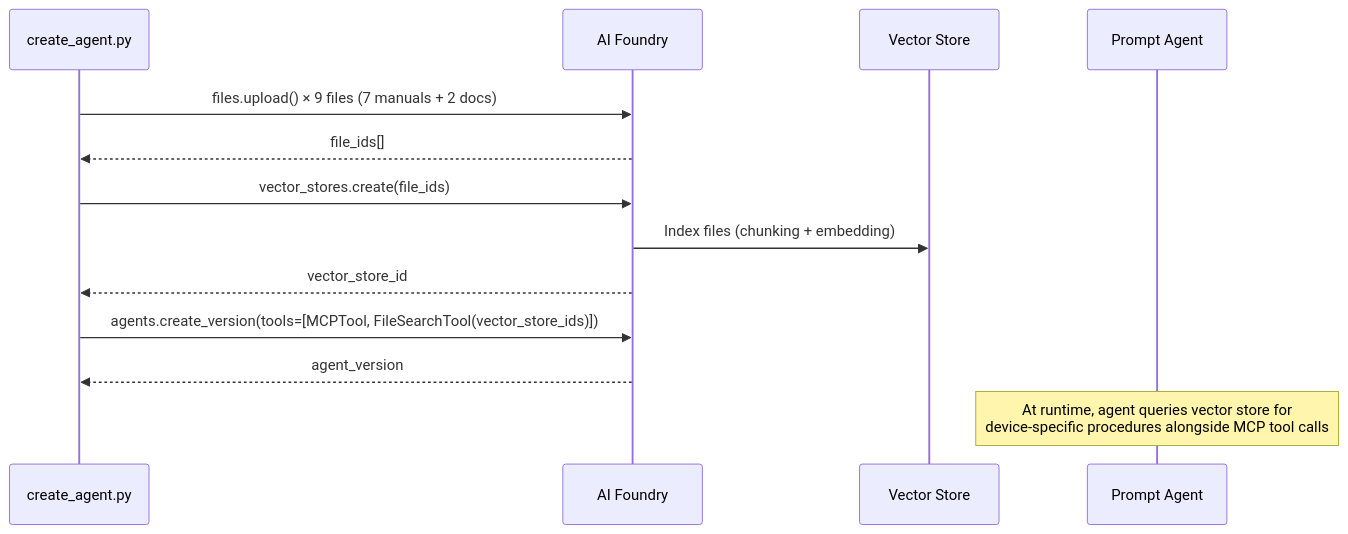
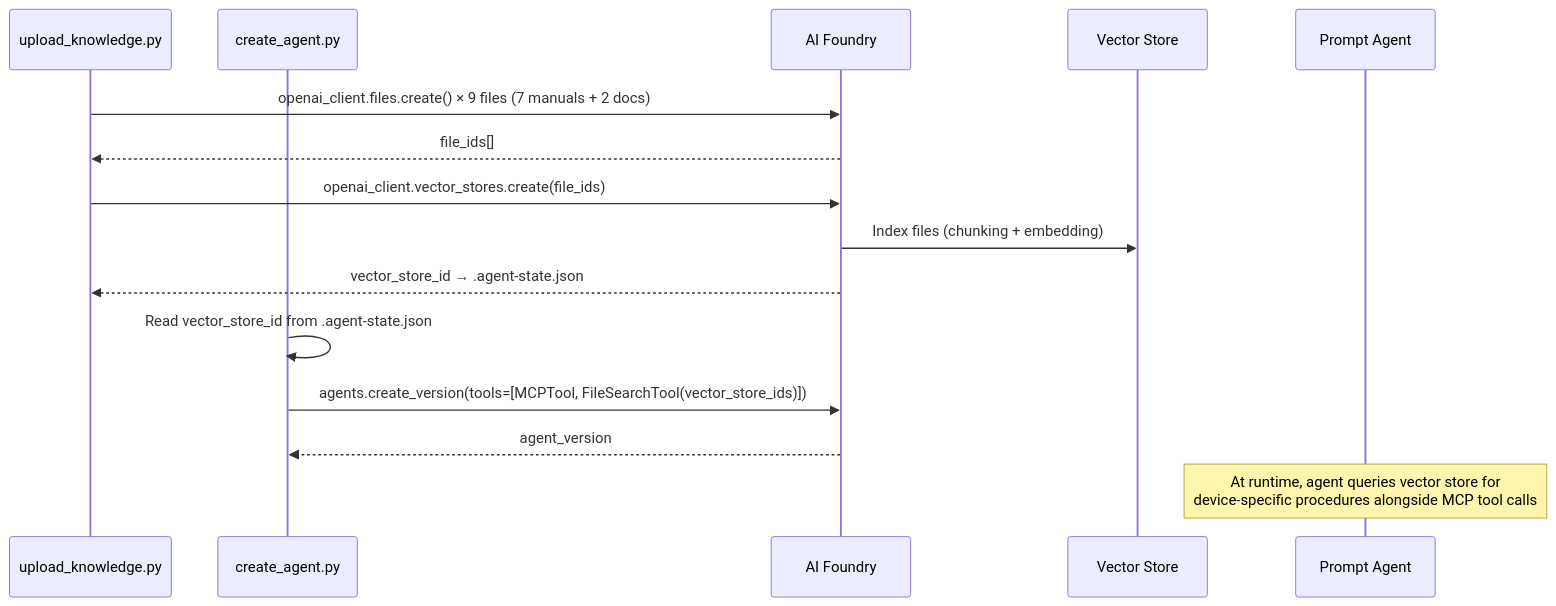
One commit to aionic/IQ-Workshop changed the first of 2 diagrams in phases/phase-6-enhancements.md. Above: the diagram before and after it, drawn with Mermaid. The commit also changed other lines of this file and 6 other files, not shown here.

````diff
--- a/phases/phase-6-enhancements.md
+++ b/phases/phase-6-enhancements.md
@@ -135,19 +136,21 @@
 ```mermaid
 sequenceDiagram
-  participant Script as create_agent.py
+  participant UL as upload_knowledge.py
+  participant CA as create_agent.py
   participant Foundry as AI Foundry
   participant VS as Vector Store
   participant Agent as Prompt Agent
 
-  Script->>Foundry: files.upload() × 9 files (7 manuals + 2 docs)
-  Foundry-->>Script: file_ids[]
+  UL->>Foundry: openai_client.files.create() × 9 files (7 manuals + 2 docs)
+  Foundry-->>UL: file_ids[]
 
-  Script->>Foundry: vector_stores.create(file_ids)
+  UL->>Foundry: openai_client.vector_stores.create(file_ids)
   Foundry->>VS: Index files (chunking + embedding)
-  Foundry-->>Script: vector_store_id
+  Foundry-->>UL: vector_store_id → .agent-state.json
 
-  Script->>Foundry: agents.create_version(tools=[MCPTool, FileSearchTool(vector_store_ids)])
-  Foundry-->>Script: agent_version
+  CA->>CA: Read vector_store_id from .agent-state.json
+  CA->>Foundry: agents.create_version(tools=[MCPTool, FileSearchTool(vector_store_ids)])
+  Foundry-->>CA: agent_version
 
   Note over Agent: At runtime, agent queries vector store for<br/>device-specific procedures alongside MCP tool calls
 ```
````
